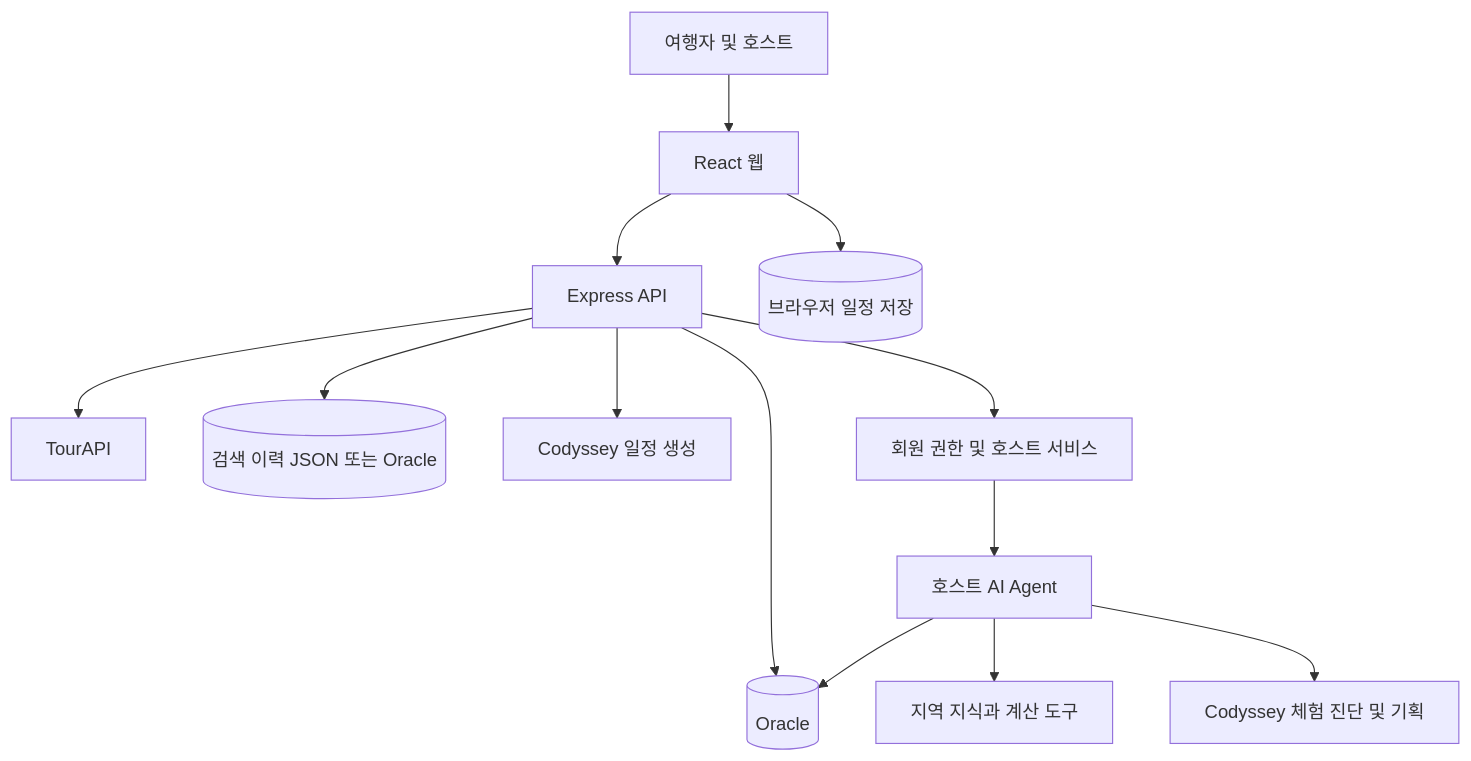
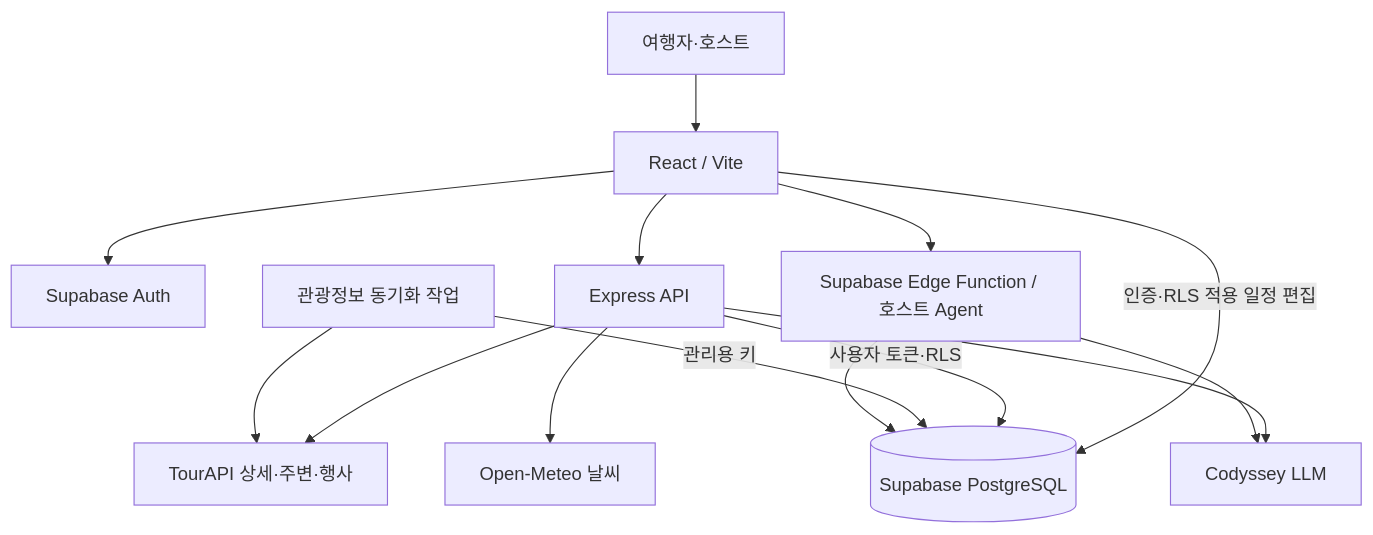
One commit to inyoung7-lab/AI-Travel-Planner changed the second of 2 diagrams in README.md. Above: the diagram before and after it, drawn with Mermaid. The commit also changed other lines of this file, not shown here.

Commit message:
docs: update README for current Supabase travel service

````diff
--- a/README.md
+++ b/README.md
@@ -211,15 +122,16 @@
 ```mermaid
 flowchart TD
-    U[여행자 및 호스트] --> W[React 웹]
+    U[여행자·호스트] --> W[React / Vite]
+    W --> A[Supabase Auth]
     W --> E[Express API]
-    E --> O[(Oracle)]
-    E --> T[TourAPI]
-    E --> H[(검색 이력 JSON 또는 Oracle)]
-    E --> C[Codyssey 일정 생성]
-    W --> B[(브라우저 일정 저장)]
-    E --> A[회원 권한 및 호스트 서비스]
-    A --> F[호스트 AI Agent]
-    F --> O
-    F --> K[지역 지식과 계산 도구]
-    F --> M[Codyssey 체험 진단 및 기획]
+    W -->|인증·RLS 적용 일정 편집| P[(Supabase PostgreSQL)]
+    E -->|사용자 토큰·RLS| P
+    E --> L[Codyssey LLM]
+    E --> T[TourAPI 상세·주변·행사]
+    E --> M[Open-Meteo 날씨]
+    S[관광정보 동기화 작업] --> T
+    S -->|관리용 키| P
+    W --> G[Supabase Edge Function / 호스트 Agent]
+    G --> P
+    G --> L
 ```
````
